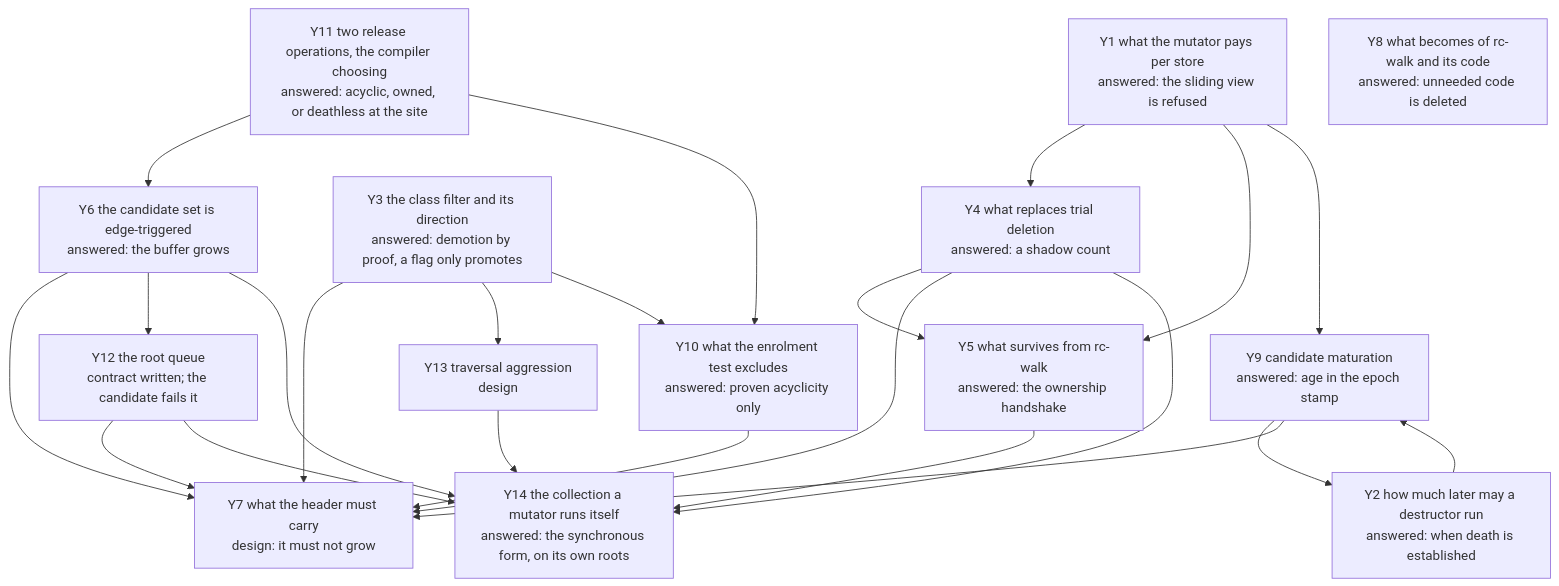
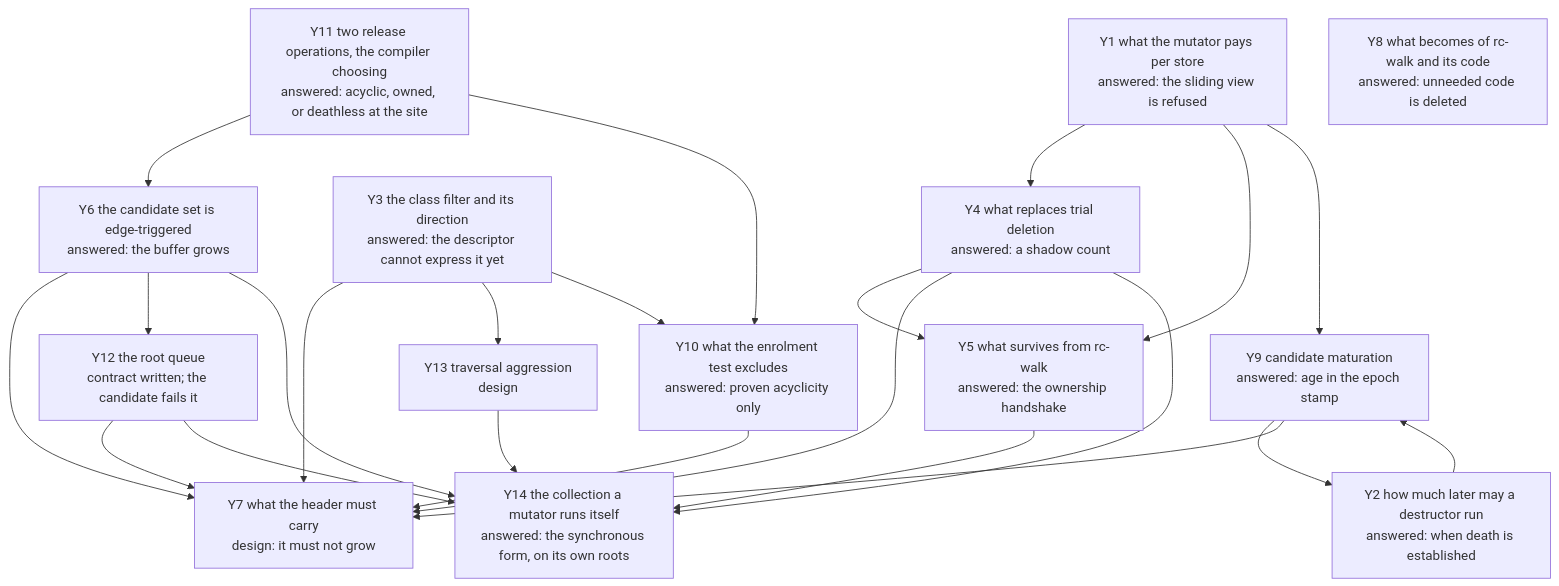
Before and after one commit to limelight-lang/rfc: the diagram in model/gc/cycle/questions.md, drawn with Mermaid. The commit also changed other lines of this file and 2 other files, not shown here.

Commit message:
model: the class filter needs a declared type per slot, and today's form demotes nothing

````diff
--- a/model/gc/cycle/questions.md
+++ b/model/gc/cycle/questions.md
@@ -15,21 +15,21 @@
 ```mermaid
 flowchart TD
     Y1[Y1 what the mutator pays per store<br/>answered: the sliding view is refused] --> Y4 & Y5 & Y9
     Y2[Y2 how much later may a destructor run<br/>answered: when death is established] --> Y9
-    Y3[Y3 the class filter and its direction<br/>answered: demotion by proof, a flag only promotes] --> Y7 & Y13
+    Y3[Y3 the class filter and its direction<br/>answered: the descriptor cannot express it yet] --> Y7 & Y13
     Y4[Y4 what replaces trial deletion<br/>answered: a shadow count] --> Y5 & Y7
     Y9[Y9 candidate maturation<br/>answered: age in the epoch stamp] --> Y2 & Y7
     Y10[Y10 what the enrolment test excludes<br/>answered: proven acyclicity only] --> Y7
     Y11[Y11 two release operations, the compiler choosing<br/>answered: acyclic, owned, or deathless at the site] --> Y6 & Y10
     Y3 --> Y10
     Y5[Y5 what survives from rc-walk<br/>answered: the ownership handshake]
     Y6[Y6 the candidate set is edge-triggered<br/>answered: the buffer grows] --> Y7 & Y12
     Y7[Y7 what the header must carry<br/>design: it must not grow]
     Y8[Y8 what becomes of rc-walk and its code<br/>answered: unneeded code is deleted]
     Y12[Y12 the root queue<br/>contract written; the candidate fails it] --> Y7 & Y14
     Y13[Y13 traversal aggression<br/>design] --> Y14
     Y4 --> Y14
     Y5 --> Y14
     Y6 --> Y14
     Y14[Y14 the collection a mutator runs itself<br/>answered: the synchronous form, on its own roots]
 ```
````
